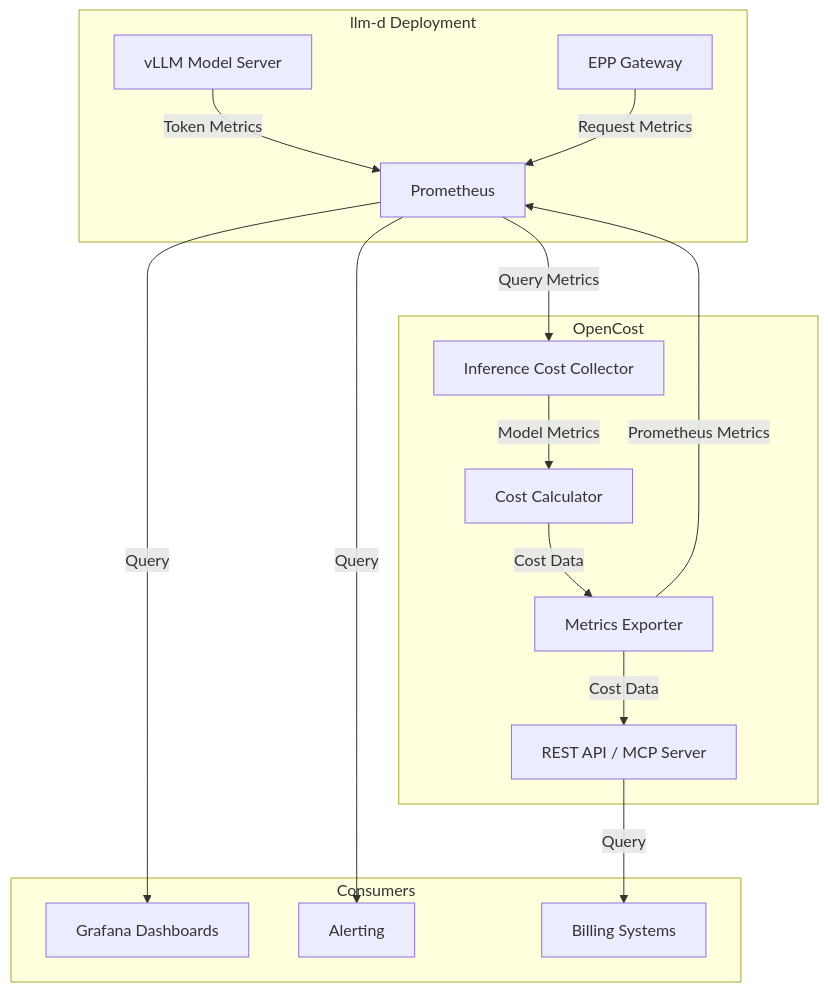
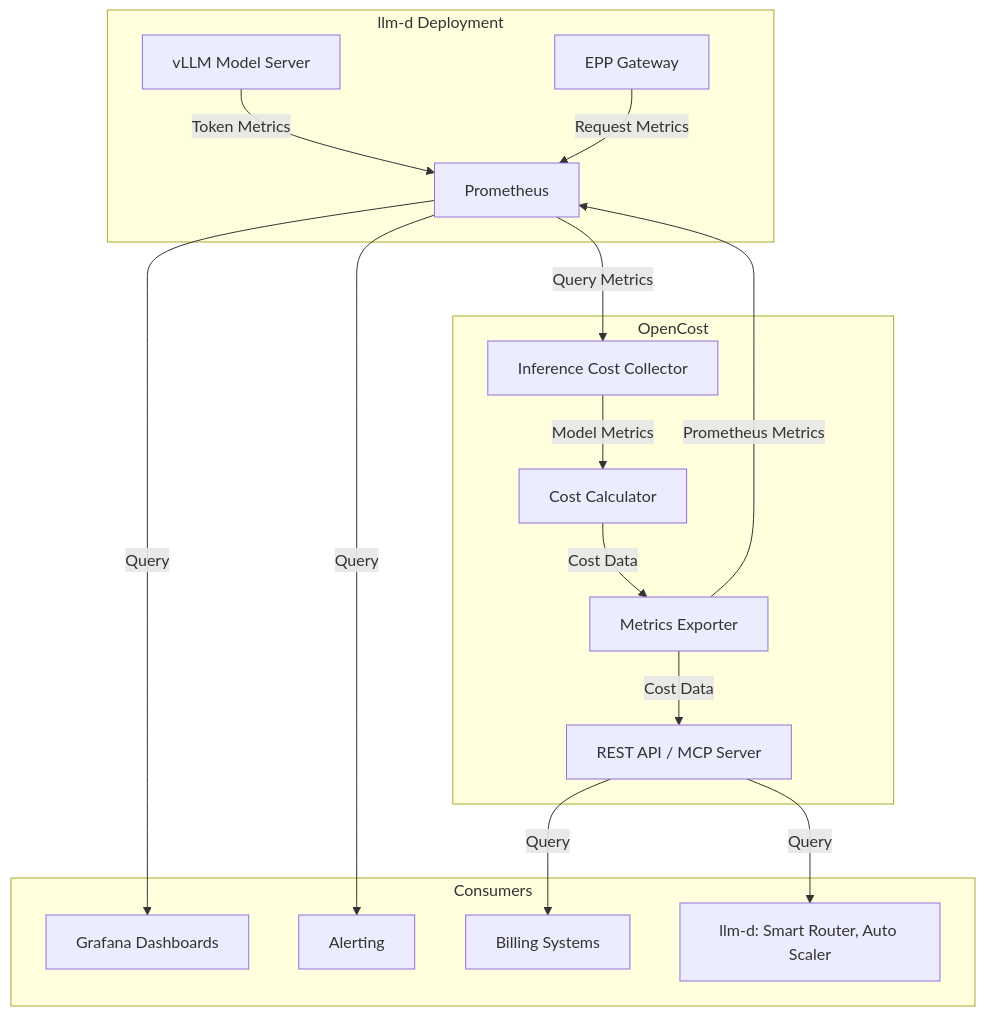
One commit to opencost/opencost changed the diagram in docs/opencost-for-llm-d/LLM-D_INFERENCE_COST_METRICS_PROPOSAL.md. Above: the diagram before and after it, drawn with Mermaid. The commit also changed other lines of this file and 2 other files, not shown here.

````diff
--- a/docs/opencost-for-llm-d/LLM-D_INFERENCE_COST_METRICS_PROPOSAL.md
+++ b/docs/opencost-for-llm-d/LLM-D_INFERENCE_COST_METRICS_PROPOSAL.md
@@ -293,32 +282,34 @@
 ```mermaid
 graph TB
     subgraph "llm-d Deployment"
         VLLM[vLLM Model Server]
         EPP[EPP Gateway]
         PROM[Prometheus]
     end
     
     subgraph "OpenCost"
         COLLECTOR[Inference Cost Collector]
         CALC[Cost Calculator]
         EXPORTER[Metrics Exporter]
         API[REST API / MCP Server]
     end
     
     subgraph "Consumers"
         GRAFANA[Grafana Dashboards]
         ALERTS[Alerting]
         BILLING[Billing Systems]
+        OPTIMIZERS[llm-d: Smart Router, Auto Scaler]
     end
     
     VLLM -->|Token Metrics| PROM
     EPP -->|Request Metrics| PROM
     PROM -->|Query Metrics| COLLECTOR
     COLLECTOR -->|Model Metrics| CALC
     CALC -->|Cost Data| EXPORTER
     EXPORTER -->|Prometheus Metrics| PROM
     EXPORTER -->|Cost Data| API
     PROM -->|Query| GRAFANA
     PROM -->|Query| ALERTS
     API -->|Query| BILLING
+    API -->|Query| OPTIMIZERS
 ```
````
